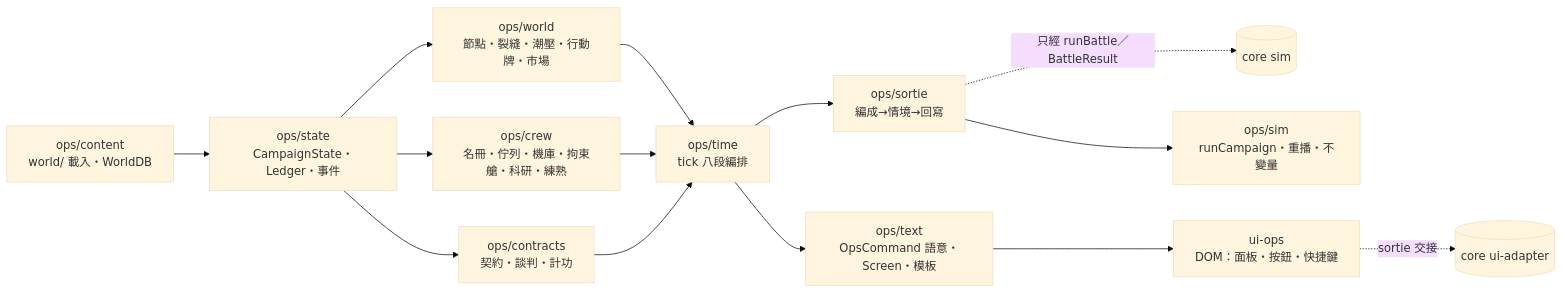
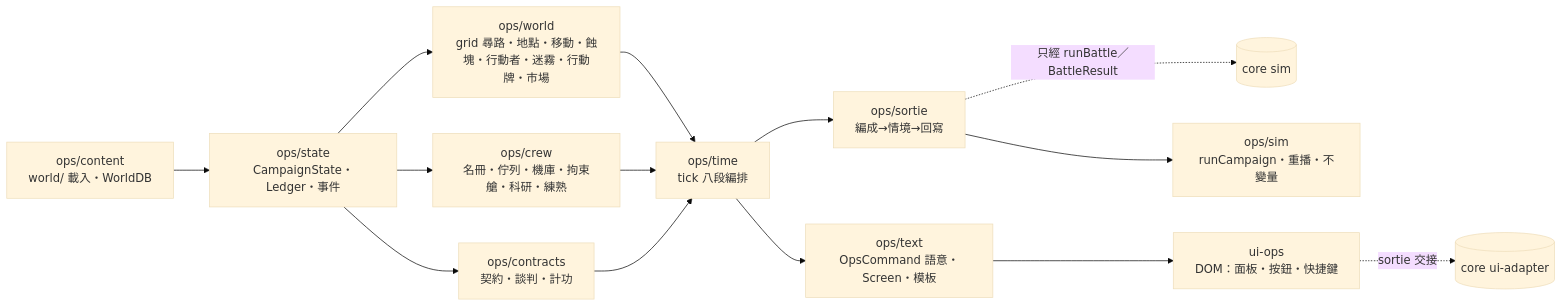
Before and after one commit to justty32/mecha-srpg: the diagram in wf/workflows/planning/specs/ops/README.md, drawn with Mermaid (base theme). The commit also changed other lines of this file and 24 other files, not shown here.

First line of the commit message:
plan-spec-integrate：world-grid 整合進既有 ops spec——節點／路線標取代、Loc 定死、transferNode→transferPlace、USR-12／13、content-format-ops 拆資料夾型（三子檔）、四個 spec 缺口（清剿目標、opening 期即關、ammo 市場列、EnemySnapshot.phase）、world/operations 改方格、decisions 子檔、roadmap 加 world-grid 切線

````diff
--- a/wf/workflows/planning/specs/ops/README.md
+++ b/wf/workflows/planning/specs/ops/README.md
@@ -19,16 +19,16 @@
 ```mermaid
 flowchart LR
   wcontent[ops/content<br/>world/ 載入・WorldDB] --> state[ops/state<br/>CampaignState・Ledger・事件]
-  state --> world[ops/world<br/>節點・裂縫・潮壓・行動牌・市場]
+  state --> world[ops/world<br/>grid 尋路・地點・移動・蝕塊・行動者・迷霧・行動牌・市場]
   state --> crew[ops/crew<br/>名冊・佇列・機庫・拘束艙・科研・練熟]
   state --> contracts[ops/contracts<br/>契約・談判・計功]
   world --> time[ops/time<br/>tick 八段編排]
   crew --> time
   contracts --> time
   time --> sortie[ops/sortie<br/>編成→情境→回寫]
   sortie -. 只經 runBattle／BattleResult .-> sim[(core sim)]
   time --> text[ops/text<br/>OpsCommand 語意・Screen・模板]
   sortie --> osim[ops/sim<br/>runCampaign・重播・不變量]
   text --> uiops[ui-ops<br/>DOM：面板・按鈕・快捷鍵]
   uiops -. sortie 交接 .-> uiadapter[(core ui-adapter)]
 ```
````
